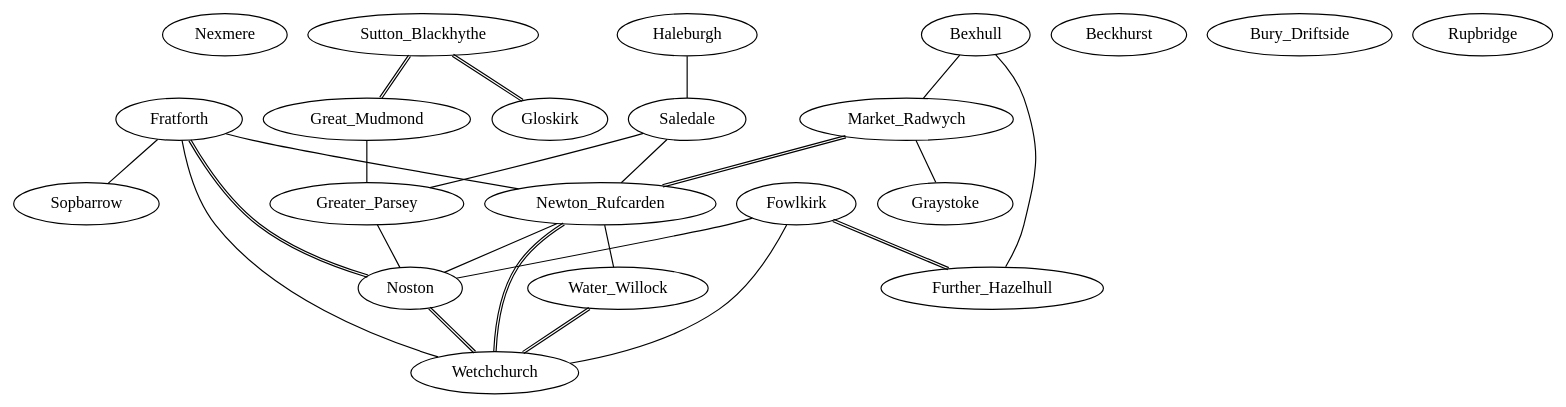
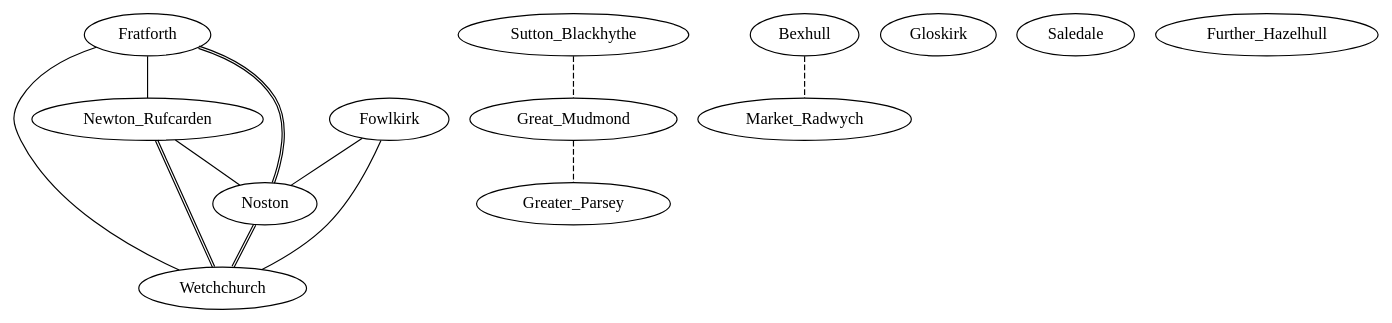
One commit to Spagooni/base_java_project---Copy changed the diagram in simoutput.dot. Above: the diagram before and after it, drawn with Graphviz. The commit also changed 30 other files, not shown here.

```diff
--- a/simoutput.dot
+++ b/simoutput.dot
@@ -1,46 +1,26 @@
 graph Towns {
-    Nexmere
     Fratforth
     Sutton_Blackhythe
     Bexhull
     Wetchchurch
     Newton_Rufcarden
     Gloskirk
-    Graystoke
-    Sopbarrow
-    Haleburgh
     Great_Mudmond
     Noston
     Greater_Parsey
     Market_Radwych
     Fowlkirk
-    Beckhurst
-    Bury_Driftside
-    Rupbridge
-    Water_Willock
     Saledale
     Further_Hazelhull
-    Saledale -- Newton_Rufcarden
+    Newton_Rufcarden -- Noston
     Newton_Rufcarden -- Wetchchurch [color="black:black"]
-    Great_Mudmond -- Greater_Parsey
+    Fratforth -- Wetchchurch
+    Great_Mudmond -- Greater_Parsey [style="dashed"]
+    Fratforth -- Noston [color="black:black"]
     Noston -- Wetchchurch [color="black:black"]
-    Bexhull -- Market_Radwych
-    Sutton_Blackhythe -- Gloskirk [color="black:black"]
+    Fowlkirk -- Wetchchurch
+    Bexhull -- Market_Radwych [style="dashed"]
+    Sutton_Blackhythe -- Great_Mudmond [style="dashed"]
     Fratforth -- Newton_Rufcarden
     Fowlkirk -- Noston
-    Greater_Parsey -- Noston
-    Market_Radwych -- Graystoke
-    Newton_Rufcarden -- Noston
-    Haleburgh -- Saledale
-    Water_Willock -- Wetchchurch [color="black:black"]
-    Fratforth -- Wetchchurch
-    Bexhull -- Further_Hazelhull
-    Fowlkirk -- Further_Hazelhull [color="black:black"]
-    Fratforth -- Noston [color="black:black"]
-    Market_Radwych -- Newton_Rufcarden [color="black:black"]
-    Fowlkirk -- Wetchchurch
-    Fratforth -- Sopbarrow
-    Sutton_Blackhythe -- Great_Mudmond [color="black:black"]
-    Newton_Rufcarden -- Water_Willock
-    Saledale -- Greater_Parsey
 }
```
